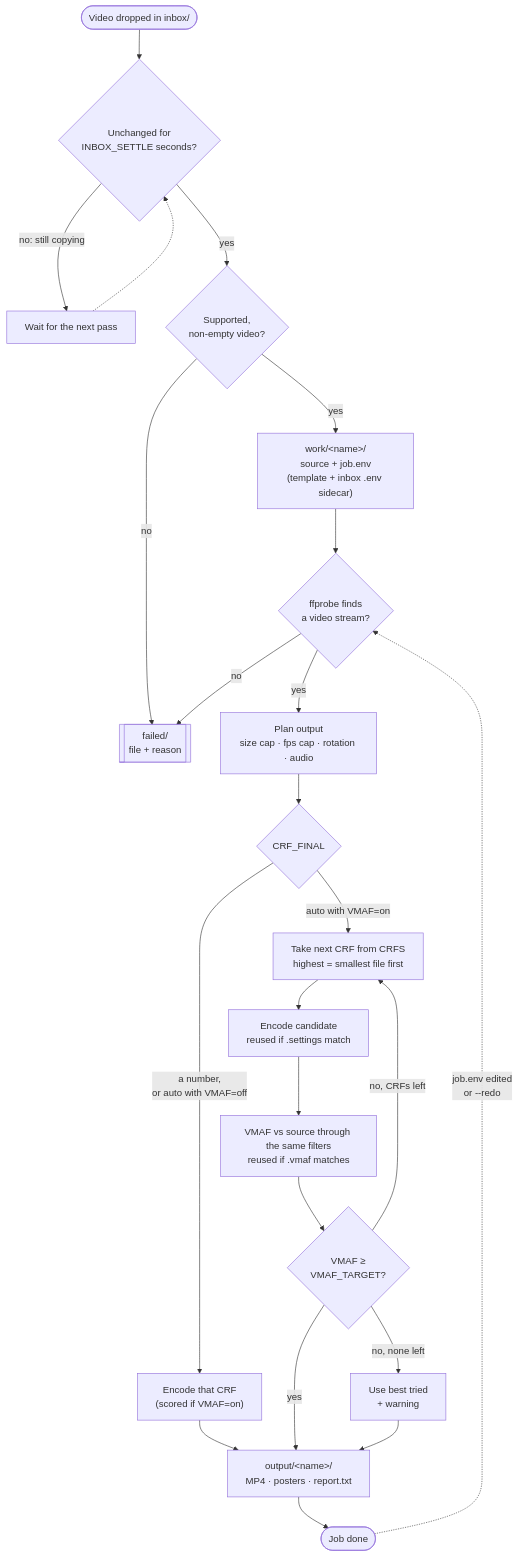
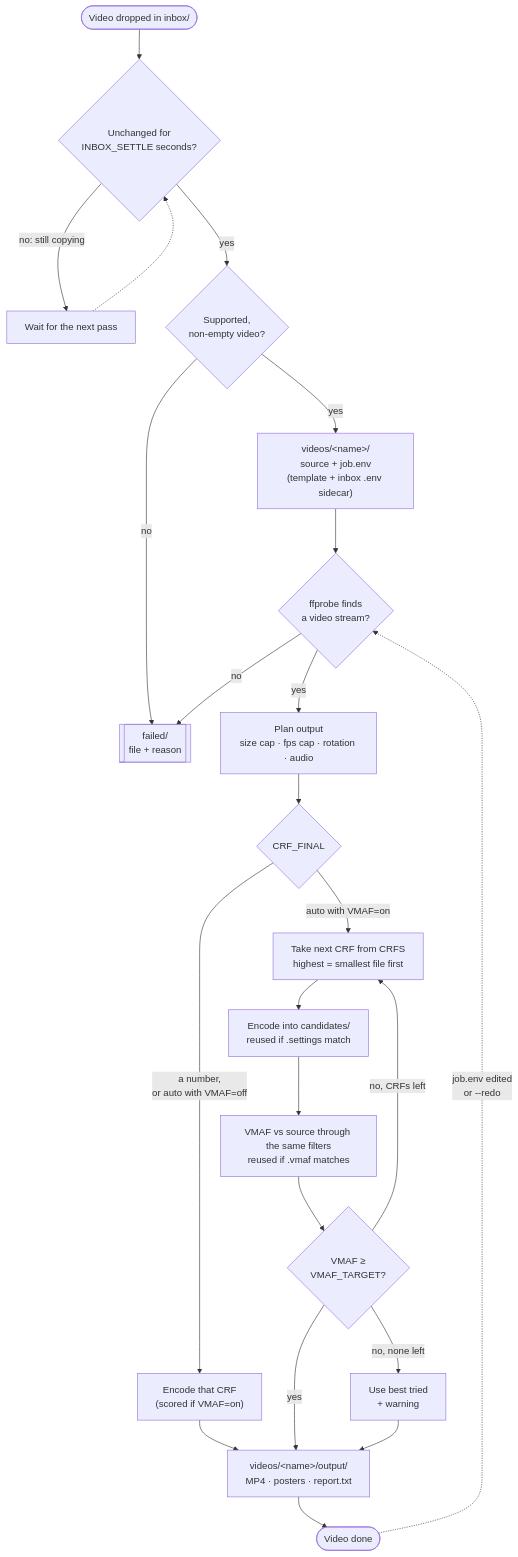
The diagram in README.md (Aplyca/web-video-optimizer), drawn with Mermaid before and after one commit. The commit also changed other lines of this file and 7 other files, not shown here.

````diff
--- a/README.md
+++ b/README.md
@@ -288,28 +340,28 @@
 ```mermaid
 flowchart TD
     drop(["Video dropped in inbox/"]) --> settle{"Unchanged for<br/>INBOX_SETTLE seconds?"}
     settle -- "no: still copying" --> wait["Wait for the next pass"]
     wait -.-> settle
     settle -- yes --> kind{"Supported,<br/>non-empty video?"}
     kind -- no --> failed[["failed/<br/>file + reason"]]
-    kind -- yes --> job["work/#lt;name#gt;/<br/>source + job.env<br/>(template + inbox .env sidecar)"]
+    kind -- yes --> job["videos/#lt;name#gt;/<br/>source + job.env<br/>(template + inbox .env sidecar)"]
     job --> probe{"ffprobe finds<br/>a video stream?"}
     probe -- no --> failed
     probe -- yes --> plan["Plan output<br/>size cap · fps cap · rotation · audio"]
     plan --> mode{"CRF_FINAL"}
 
     mode -- "a number,<br/>or auto with VMAF=off" --> single["Encode that CRF<br/>(scored if VMAF=on)"]
     single --> deliver
 
     mode -- "auto with VMAF=on" --> next["Take next CRF from CRFS<br/>highest = smallest file first"]
-    next --> encode["Encode candidate<br/>reused if .settings match"]
+    next --> encode["Encode into candidates/<br/>reused if .settings match"]
     encode --> score["VMAF vs source through the same filters<br/>reused if .vmaf matches"]
     score --> pass{"VMAF ≥<br/>VMAF_TARGET?"}
     pass -- yes --> deliver
     pass -- "no, CRFs left" --> next
     pass -- "no, none left" --> best["Use best tried<br/>+ warning"]
     best --> deliver
 
-    deliver["output/#lt;name#gt;/<br/>MP4 · posters · report.txt"] --> done(["Job done"])
+    deliver["videos/#lt;name#gt;/output/<br/>MP4 · posters · report.txt"] --> done(["Video done"])
     done -. "job.env edited<br/>or --redo" .-> probe
 ```
````
